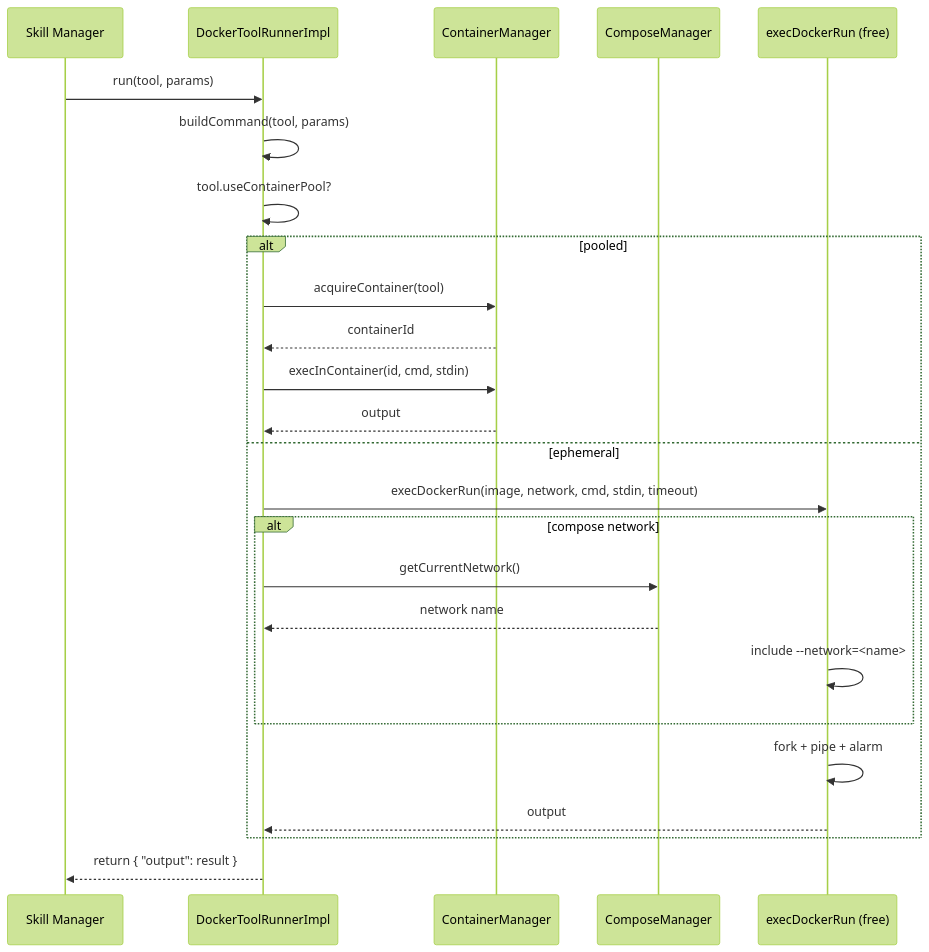
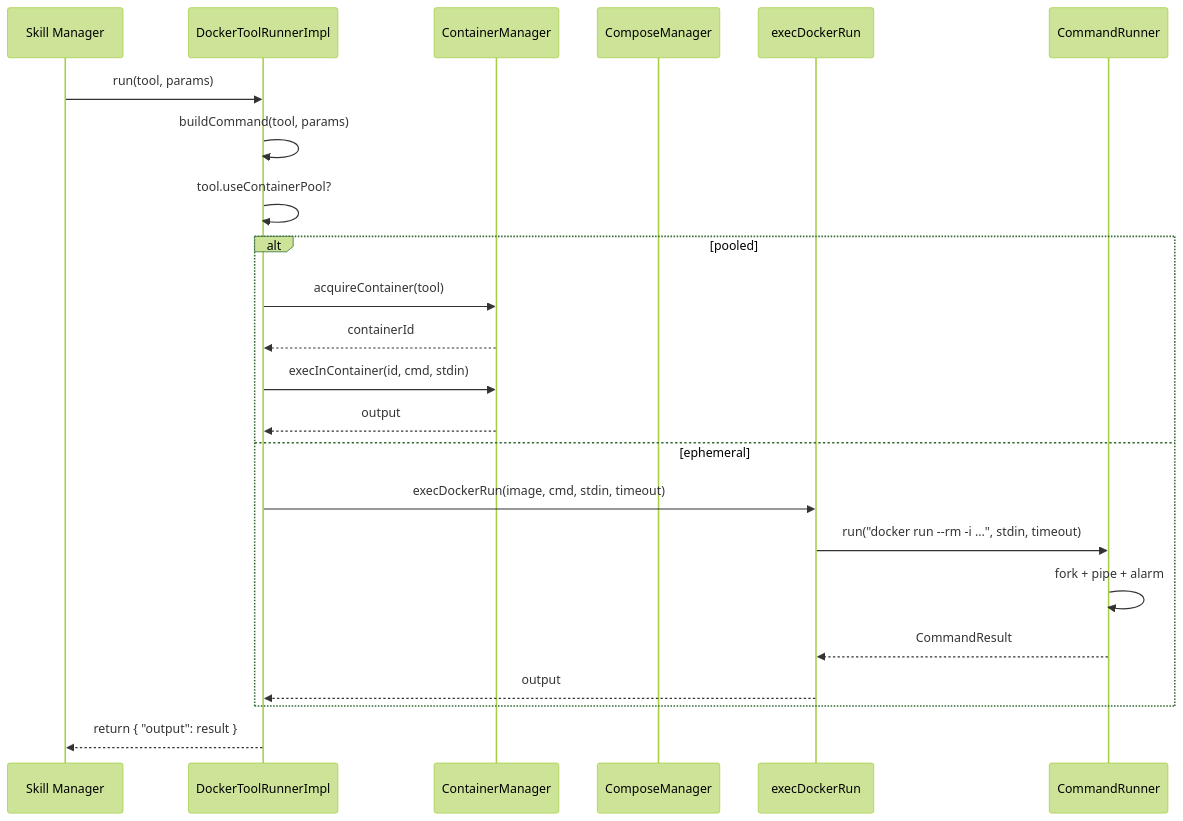
One commit to opensassi/a0 changed the second of 2 diagrams in src/docker/docker_tool_runner.spec.md. Above: the diagram before and after it, drawn with Mermaid (forest theme). The commit also changed other lines of this file and 40 other files, not shown here.

Commit message:
2026-05-29-skills-persistence-command-runner-18e71a0dbffe4Aco1VAu5qiYN7

````diff
--- a/src/docker/docker_tool_runner.spec.md
+++ b/src/docker/docker_tool_runner.spec.md
@@ -122,28 +116,26 @@
 ```mermaid
 sequenceDiagram
     participant S as Skill Manager
     participant DTR as DockerToolRunnerImpl
     participant CM as ContainerManager
     participant CompM as ComposeManager
-    participant EDR as execDockerRun (free)
+    participant EDR as execDockerRun
+    participant CR as CommandRunner
 
     S->>DTR: run(tool, params)
     DTR->>DTR: buildCommand(tool, params)
     DTR->>DTR: tool.useContainerPool?
     alt pooled
         DTR->>CM: acquireContainer(tool)
         CM-->>DTR: containerId
         DTR->>CM: execInContainer(id, cmd, stdin)
         CM-->>DTR: output
     else ephemeral
-        DTR->>EDR: execDockerRun(image, network, cmd, stdin, timeout)
-        alt compose network
-            DTR->>CompM: getCurrentNetwork()
-            CompM-->>DTR: network name
-            EDR->>EDR: include --network=<name>
-        end
-        EDR->>EDR: fork + pipe + alarm
+        DTR->>EDR: execDockerRun(image, cmd, stdin, timeout)
+        EDR->>CR: run("docker run --rm -i ...", stdin, timeout)
+        CR->>CR: fork + pipe + alarm
+        CR-->>EDR: CommandResult
         EDR-->>DTR: output
     end
     DTR-->>S: return { "output": result }
 ```
````
